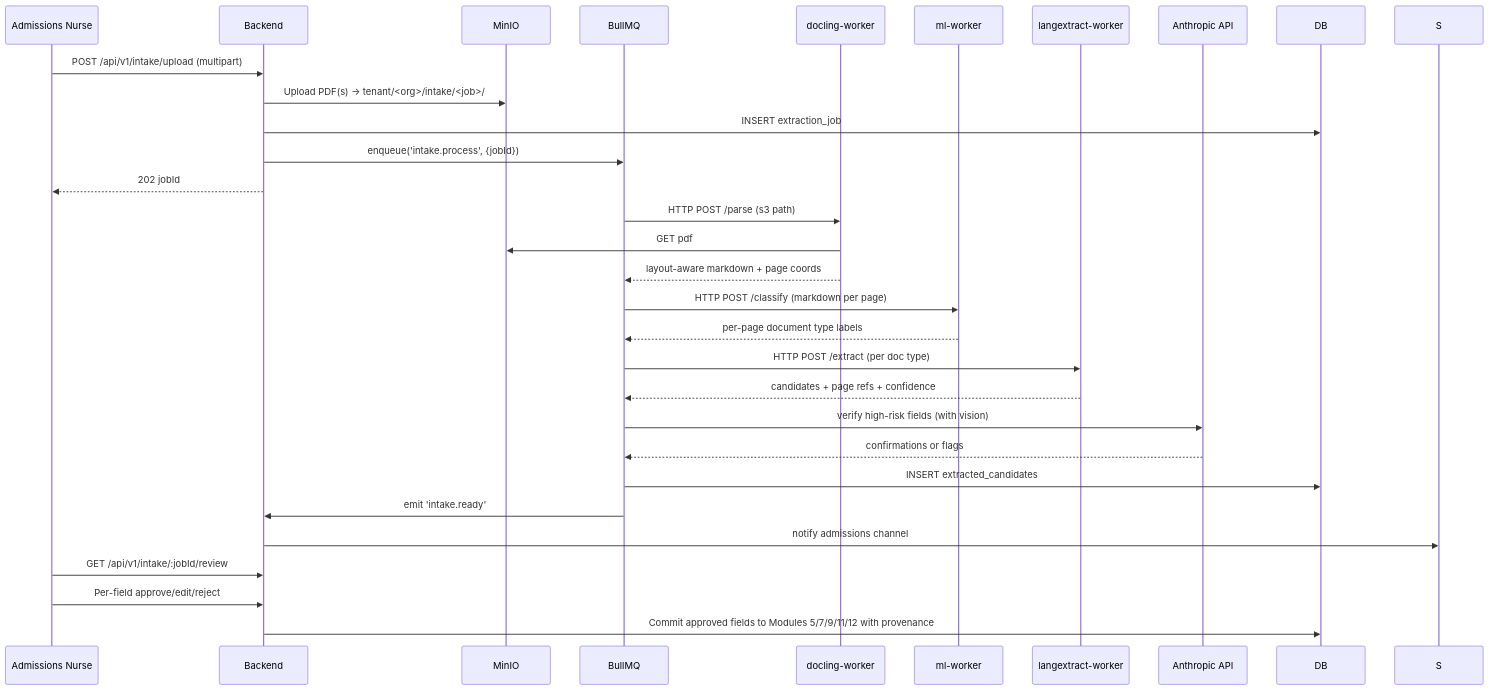
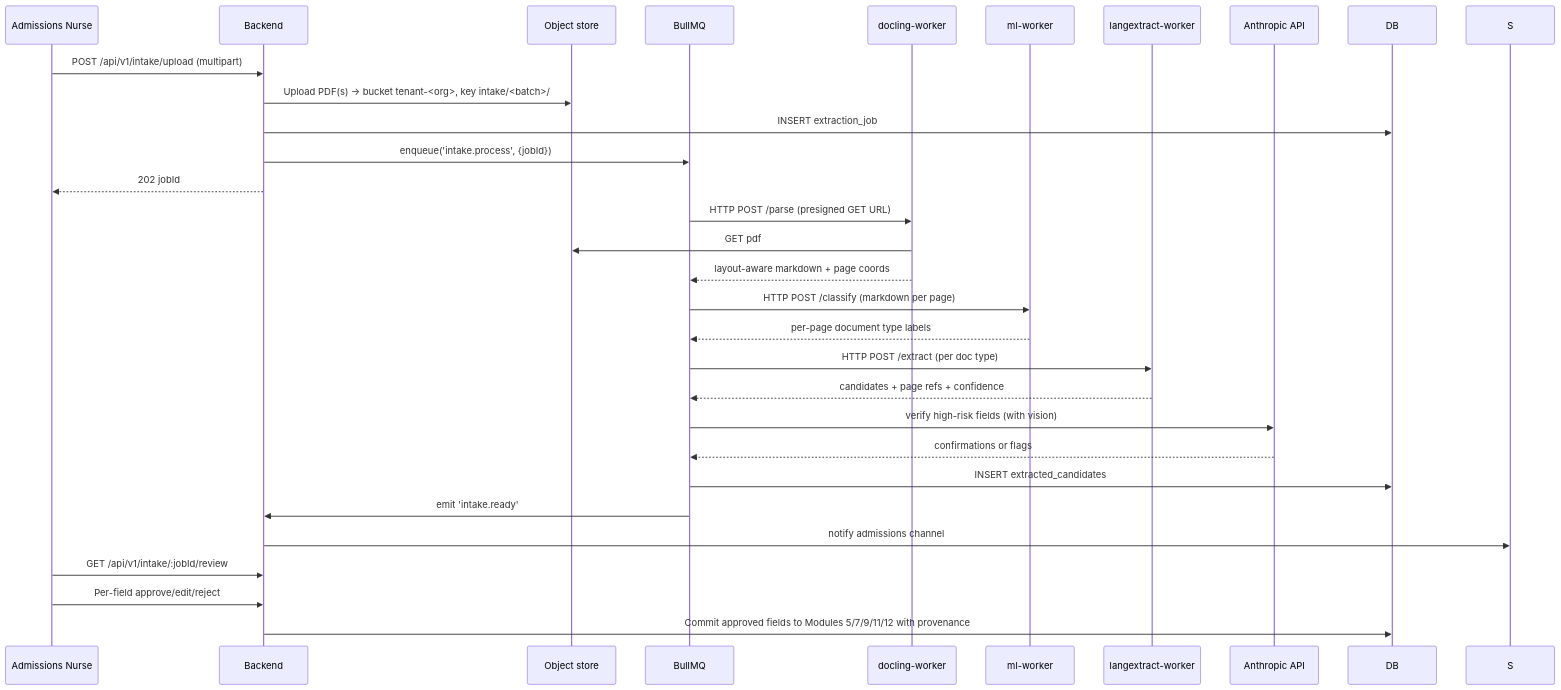
Before and after one commit to Engrace-Hospice/chartwarden: the sixth of 12 diagrams in docs/architecture/CHARTWARDEN_SYSTEM_DESIGN_v0.3.md, drawn with Mermaid. The commit also changed other lines of this file and 3 other files, not shown here.

First line of the commit message:
docs(architecture): state the object store as built (SeaweedFS prod, RustFS dev/CI/copy)

````diff
--- a/docs/architecture/CHARTWARDEN_SYSTEM_DESIGN_v0.3.md
+++ b/docs/architecture/CHARTWARDEN_SYSTEM_DESIGN_v0.3.md
@@ -248,31 +249,31 @@
 ```mermaid
 sequenceDiagram
   participant A as Admissions Nurse
   participant B as Backend
-  participant MN as MinIO
+  participant MN as Object store
   participant Q as BullMQ
   participant D as docling-worker
   participant ML as ml-worker
   participant LE as langextract-worker
   participant CL as Anthropic API
   A->>B: POST /api/v1/intake/upload (multipart)
-  B->>MN: Upload PDF(s) → tenant/<org>/intake/<job>/
+  B->>MN: Upload PDF(s) → bucket tenant-<org>, key intake/<batch>/
   B->>DB: INSERT extraction_job
   B->>Q: enqueue('intake.process', {jobId})
   B-->>A: 202 jobId
-  Q->>D: HTTP POST /parse (s3 path)
+  Q->>D: HTTP POST /parse (presigned GET URL)
   D->>MN: GET pdf
   D-->>Q: layout-aware markdown + page coords
   Q->>ML: HTTP POST /classify (markdown per page)
   ML-->>Q: per-page document type labels
   Q->>LE: HTTP POST /extract (per doc type)
   LE-->>Q: candidates + page refs + confidence
   Q->>CL: verify high-risk fields (with vision)
   CL-->>Q: confirmations or flags
   Q->>DB: INSERT extracted_candidates
   Q->>B: emit 'intake.ready'
   B->>S: notify admissions channel
   A->>B: GET /api/v1/intake/:jobId/review
   A->>B: Per-field approve/edit/reject
   B->>DB: Commit approved fields to Modules 5/7/9/11/12 with provenance
 ```
````
